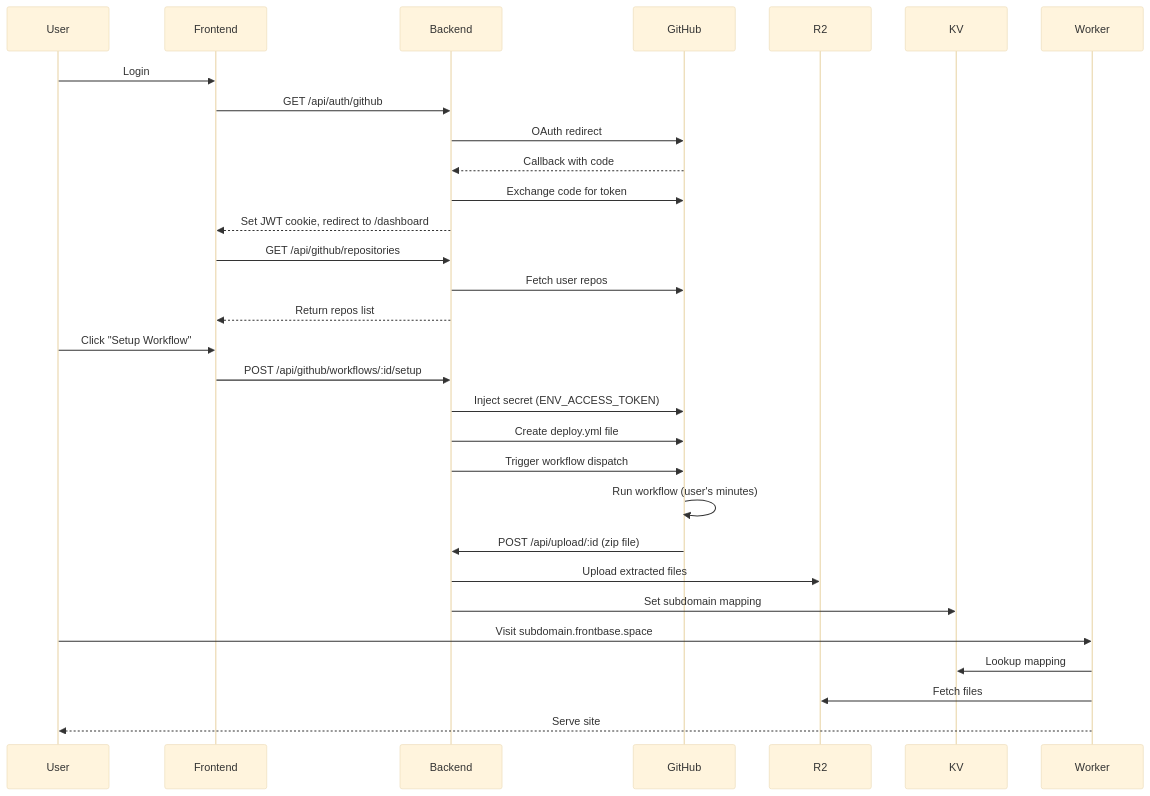
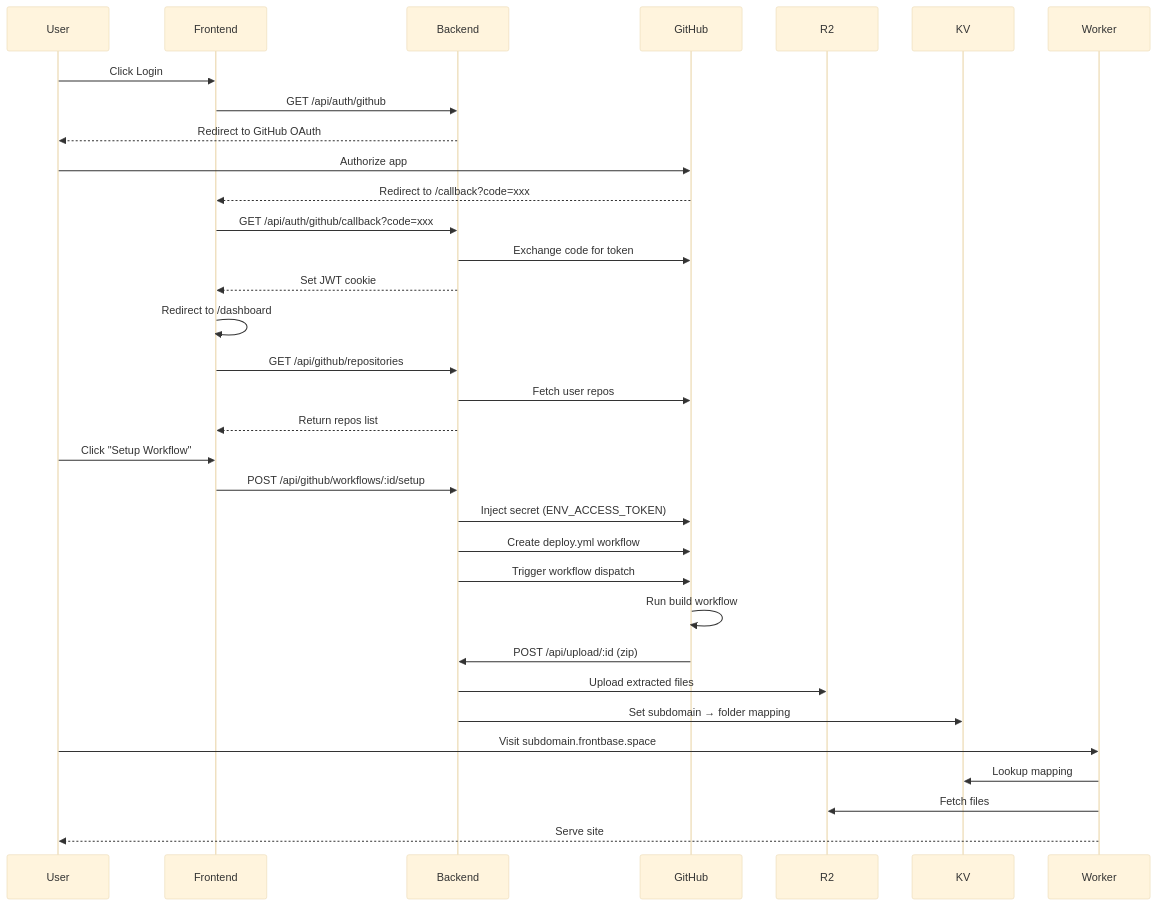
The second of 2 diagrams in README.md (Vijay-papanaboina/Frontbase-Frontend), drawn with Mermaid (base theme) before and after one commit. The commit also changed other lines of this file, not shown here.

````diff
--- a/README.md
+++ b/README.md
@@ -59,37 +55,40 @@
 ```mermaid
 sequenceDiagram
     participant User
     participant Frontend
     participant Backend
     participant GitHub
     participant R2
     participant KV
     participant Worker
 
-    User->>Frontend: Login
+    User->>Frontend: Click Login
     Frontend->>Backend: GET /api/auth/github
-    Backend->>GitHub: OAuth redirect
-    GitHub-->>Backend: Callback with code
+    Backend-->>User: Redirect to GitHub OAuth
+    User->>GitHub: Authorize app
+    GitHub-->>Frontend: Redirect to /callback?code=xxx
+    Frontend->>Backend: GET /api/auth/github/callback?code=xxx
     Backend->>GitHub: Exchange code for token
-    Backend-->>Frontend: Set JWT cookie, redirect to /dashboard
+    Backend-->>Frontend: Set JWT cookie
+    Frontend->>Frontend: Redirect to /dashboard
 
     Frontend->>Backend: GET /api/github/repositories
     Backend->>GitHub: Fetch user repos
     Backend-->>Frontend: Return repos list
 
     User->>Frontend: Click "Setup Workflow"
     Frontend->>Backend: POST /api/github/workflows/:id/setup
     Backend->>GitHub: Inject secret (ENV_ACCESS_TOKEN)
-    Backend->>GitHub: Create deploy.yml file
+    Backend->>GitHub: Create deploy.yml workflow
     Backend->>GitHub: Trigger workflow dispatch
 
-    GitHub->>GitHub: Run workflow (user's minutes)
-    GitHub->>Backend: POST /api/upload/:id (zip file)
+    GitHub->>GitHub: Run build workflow
+    GitHub->>Backend: POST /api/upload/:id (zip)
     Backend->>R2: Upload extracted files
-    Backend->>KV: Set subdomain mapping
+    Backend->>KV: Set subdomain → folder mapping
 
     User->>Worker: Visit subdomain.frontbase.space
     Worker->>KV: Lookup mapping
     Worker->>R2: Fetch files
     Worker-->>User: Serve site
 ```
````
